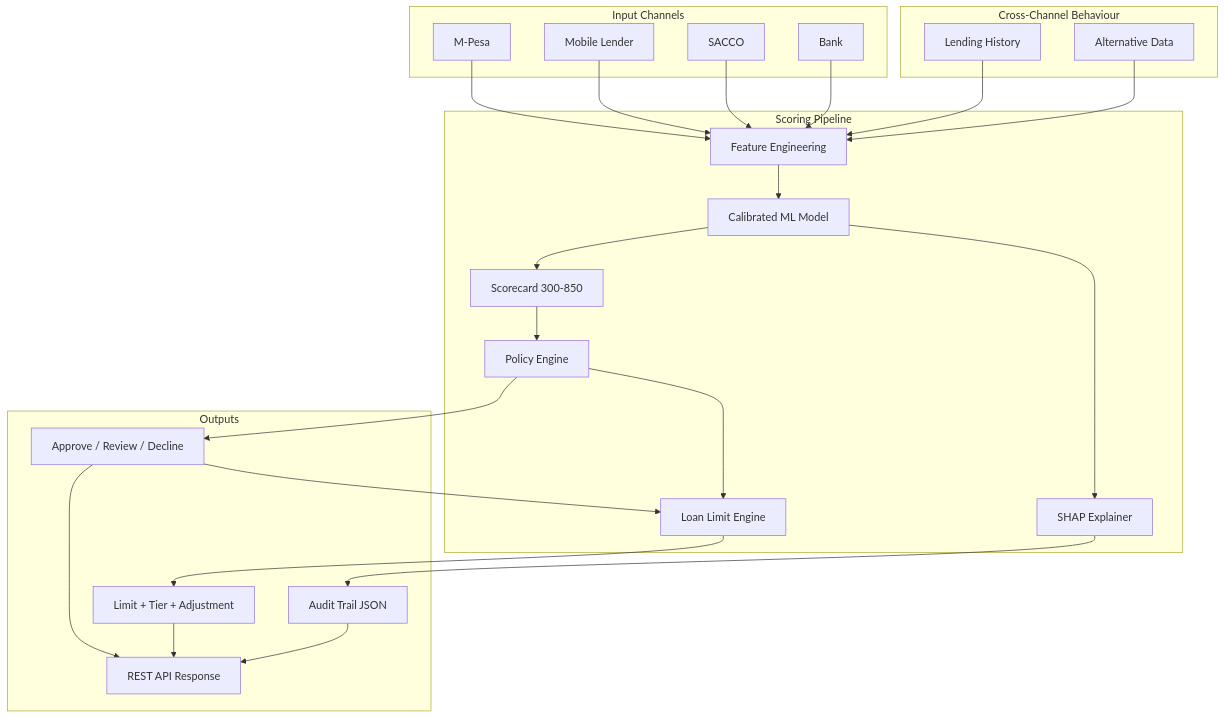
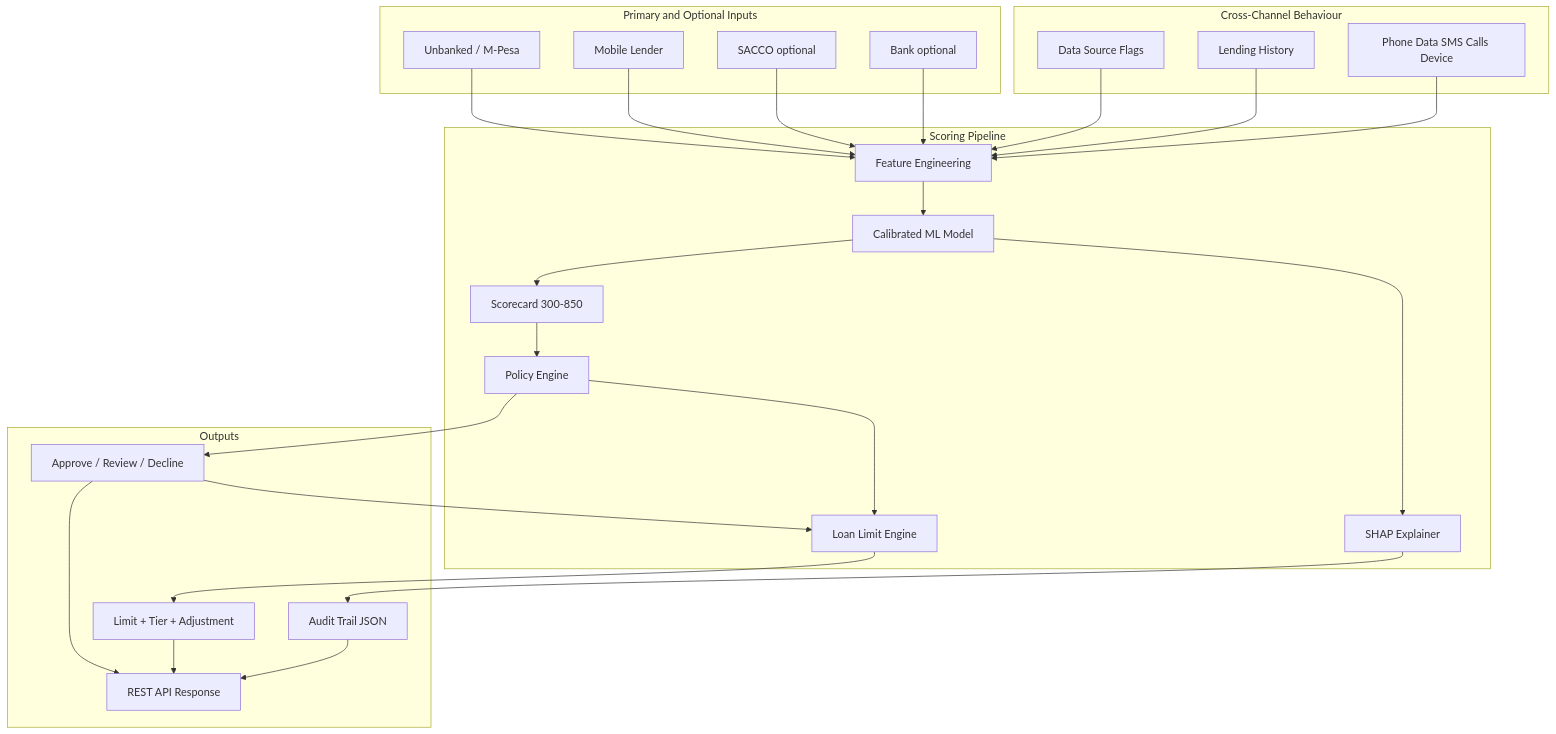
The first of 2 diagrams in README.md (duncanmwirigi/Credit-Scoring-for-East-Africa), drawn with Mermaid before and after one commit. The commit also changed other lines of this file, not shown here.

Commit message:
scoriong engine for the unbanked

````diff
--- a/README.md
+++ b/README.md
@@ -67,49 +80,51 @@
 ```mermaid
 flowchart TB
-    subgraph inputs [Input Channels]
-        M[M-Pesa]
+    subgraph inputs [Primary and Optional Inputs]
+        U[Unbanked / M-Pesa]
         MLend[Mobile Lender]
-        S[SACCO]
-        B[Bank]
+        S[SACCO optional]
+        B[Bank optional]
     end
 
     subgraph behavior [Cross-Channel Behaviour]
+        DS[Data Source Flags]
         LH[Lending History]
-        AD[Alternative Data]
+        PD[Phone Data SMS Calls Device]
     end
 
     subgraph pipeline [Scoring Pipeline]
         FE[Feature Engineering]
         ML[Calibrated ML Model]
         SC[Scorecard 300-850]
         PO[Policy Engine]
         LE[Loan Limit Engine]
         SH[SHAP Explainer]
     end
 
     subgraph outputs [Outputs]
         DEC[Approve / Review / Decline]
         LIM[Limit + Tier + Adjustment]
         AT[Audit Trail JSON]
         API[REST API Response]
     end
 
-    M --> FE
+    U --> FE
     MLend --> FE
     S --> FE
     B --> FE
+    DS --> FE
     LH --> FE
-    AD --> FE
+    PD --> FE
     FE --> ML
     ML --> SC
     ML --> SH
     SC --> PO
     PO --> DEC
     PO --> LE
     DEC --> LE
     LE --> LIM
     SH --> AT
     DEC --> API
     LIM --> API
     AT --> API
 ```
````
